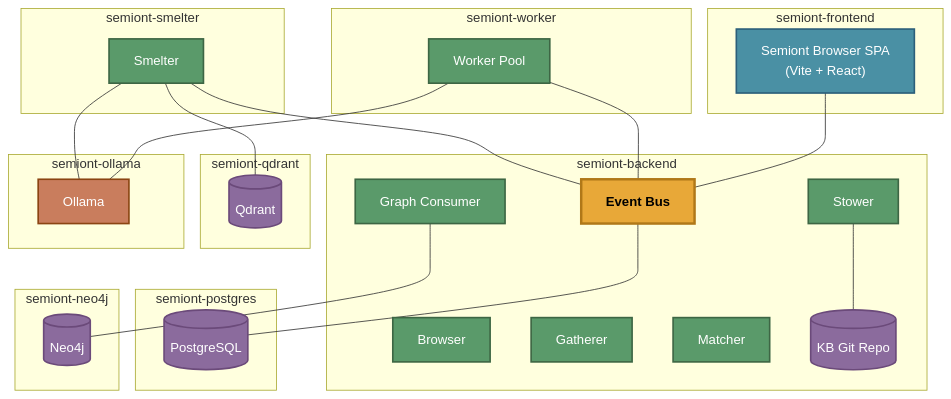
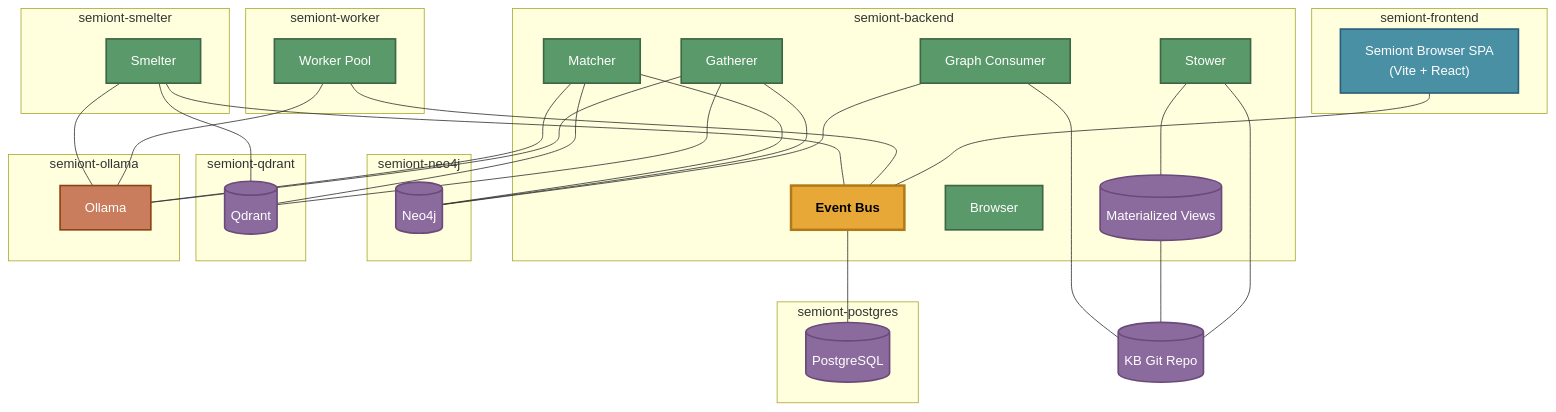
The fourth of 4 diagrams in docs/ARCHITECTURE.md (The-AI-Alliance/semiont), drawn with Mermaid before and after one commit.

Commit message:
container diagram updates

````diff
--- a/docs/ARCHITECTURE.md
+++ b/docs/ARCHITECTURE.md
@@ -220,63 +220,74 @@
 ```mermaid
 graph TB
     subgraph frontend_c ["semiont-frontend"]
         SPA["Semiont Browser SPA<br/>(Vite + React)"]
     end
 
     subgraph backend_c ["semiont-backend"]
         BUS["Event Bus"]
         STOWER["Stower"]
         BROWSER["Browser"]
         GATHERER["Gatherer"]
         MATCHER["Matcher"]
         GC["Graph Consumer"]
-        GIT[("KB Git Repo")]
+        VIEWS[("Materialized Views")]
     end
+
+    GIT[("KB Git Repo")]
 
     subgraph worker_c ["semiont-worker"]
         WORKERS["Worker Pool"]
     end
 
     subgraph smelter_c ["semiont-smelter"]
         SMELTER["Smelter"]
     end
 
     subgraph pg_c ["semiont-postgres"]
         PG[("PostgreSQL")]
     end
 
     subgraph neo_c ["semiont-neo4j"]
         NEO[("Neo4j")]
     end
 
     subgraph qd_c ["semiont-qdrant"]
         QD[("Qdrant")]
     end
 
     subgraph ol_c ["semiont-ollama"]
         OL["Ollama"]
     end
 
     SPA --- BUS
     WORKERS --- BUS
     SMELTER --- BUS
 
     STOWER --- GIT
+    STOWER --- VIEWS
+    VIEWS --- GIT
+    GC --- GIT
     GC --- NEO
     SMELTER --- QD
     BUS --- PG
     WORKERS --- OL
     SMELTER --- OL
+    GATHERER --- NEO
+    GATHERER --- QD
+    GATHERER --- OL
+    MATCHER --- NEO
+    MATCHER --- QD
+    MATCHER --- OL
 
     classDef bus fill:#e8a838,stroke:#b07818,stroke-width:3px,color:#000,font-weight:bold
     classDef actor fill:#5a9a6a,stroke:#3d6644,stroke-width:2px,color:#fff
     classDef store fill:#8b6b9d,stroke:#6b4a7a,stroke-width:2px,color:#fff
     classDef spa fill:#4a90a4,stroke:#2c5f7a,stroke-width:2px,color:#fff
     classDef service fill:#c97d5d,stroke:#8b4513,stroke-width:2px,color:#fff
 
     class BUS bus
     class STOWER,BROWSER,GATHERER,MATCHER,GC,WORKERS,SMELTER actor
-    class GIT,PG,NEO,QD store
+    class GIT,VIEWS,PG,NEO,QD store
     class SPA spa
     class OL service
 ```
````
